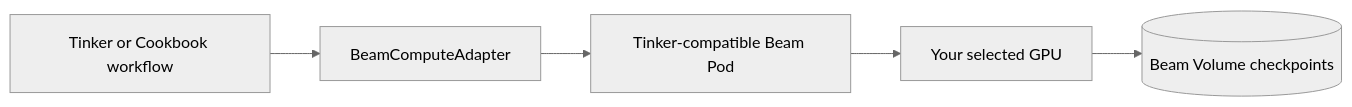
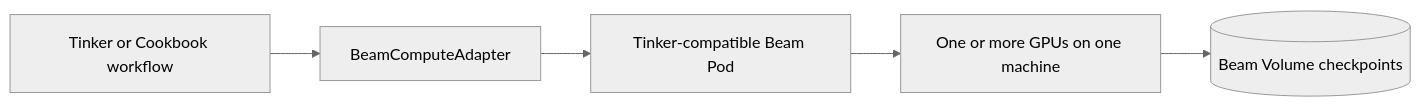
The diagram in README.md (beam-cloud/opentinker), drawn with Mermaid (neutral theme) before and after one commit. The commit also changed other lines of this file and 20 other files, not shown here.

````diff
--- a/README.md
+++ b/README.md
@@ -12,7 +12,7 @@
 ```mermaid
 flowchart LR
     Code["Tinker or Cookbook workflow"] --> Adapter["BeamComputeAdapter"]
     Adapter --> Pod["Tinker-compatible Beam Pod"]
-    Pod --> GPU["Your selected GPU"]
+    Pod --> GPU["One or more GPUs on one machine"]
     GPU --> Volume[("Beam Volume checkpoints")]
 ```
````
